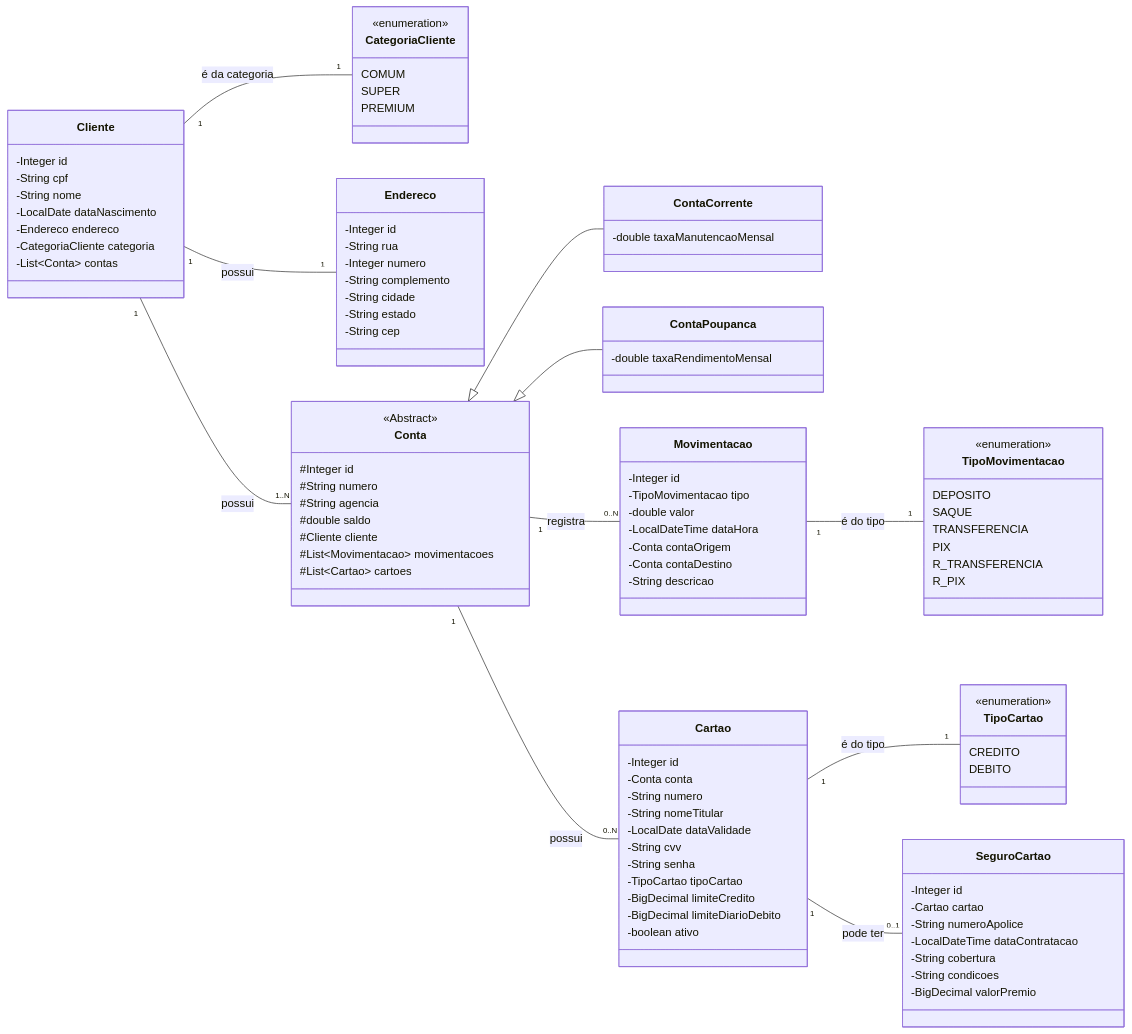
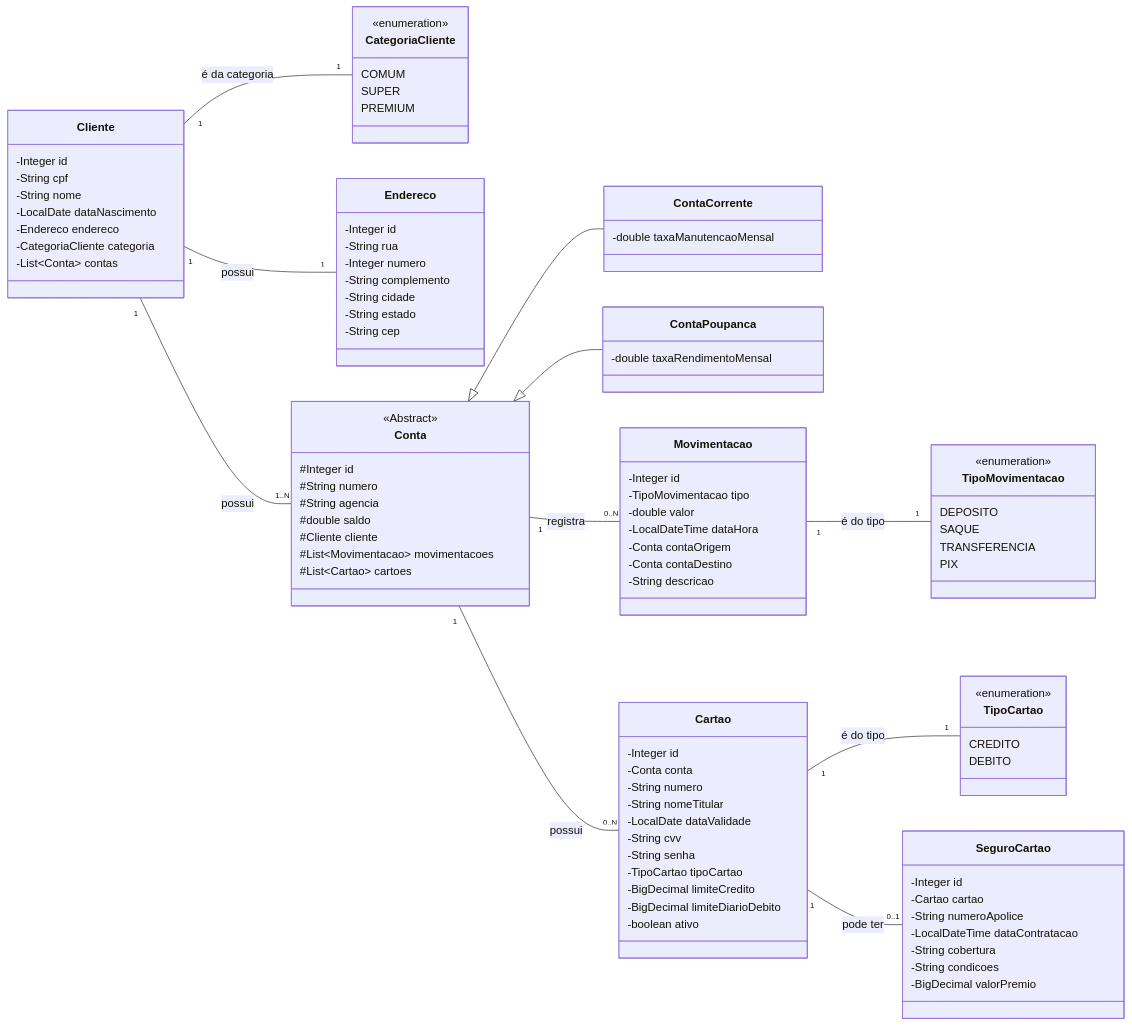
The first of 4 diagrams in README.md (agsilvamhm/bancodigital), drawn with Mermaid before and after one commit. The commit also changed 77 other files, not shown here.

```diff
--- a/README.md
+++ b/README.md
@@ -85,9 +85,7 @@
       SAQUE
       TRANSFERENCIA
       PIX
-      R_TRANSFERENCIA
-      R_PIX
-  }
+   }
 
   class Cartao {
     -Integer id
```
